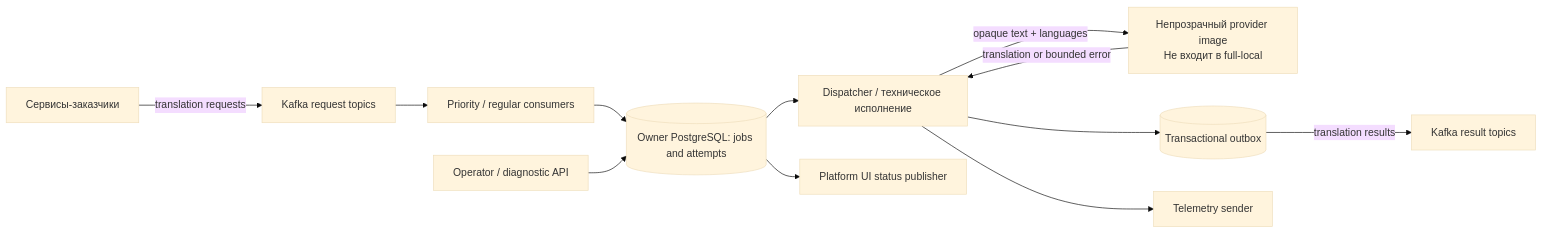
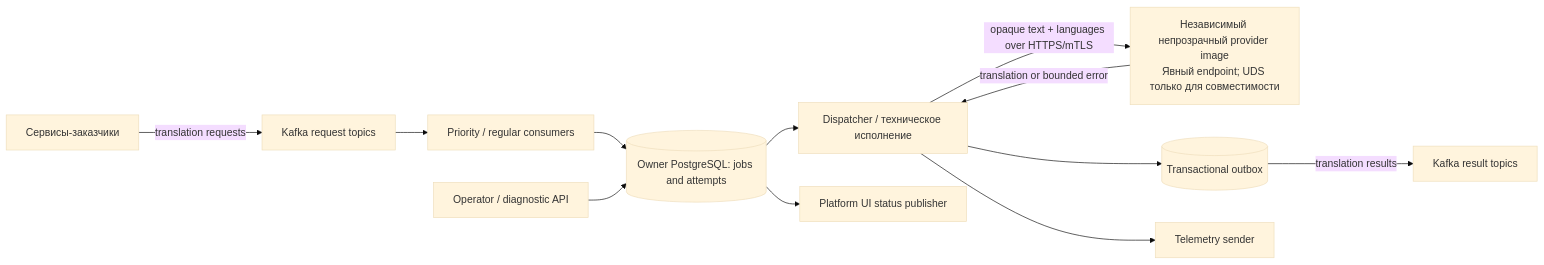
The diagram in translator-service/architecture.mmd (sapogov1978/AELEV-platform-infrastructure), drawn with Mermaid (base theme) before and after one commit. The commit also changed 123 other files, not shown here.

```diff
--- a/translator-service/architecture.mmd
+++ b/translator-service/architecture.mmd
@@ -1,12 +1,12 @@
 flowchart LR
     Requesters["Сервисы-заказчики"] -->|translation requests| KafkaIn["Kafka request topics"]
     KafkaIn --> Consumer["Priority / regular consumers"]
     Consumer --> Jobs[("Owner PostgreSQL: jobs and attempts")]
     Jobs --> Worker["Dispatcher / техническое исполнение"]
-    Worker -->|opaque text + languages| Provider["Непрозрачный provider image<br/>Не входит в full-local"]
+    Worker -->|"opaque text + languages over HTTPS/mTLS"| Provider["Независимый непрозрачный provider image<br/>Явный endpoint; UDS только для совместимости"]
     Provider -->|translation or bounded error| Worker
     Worker --> Outbox[("Transactional outbox")]
     Outbox -->|translation results| KafkaOut["Kafka result topics"]
     API["Operator / diagnostic API"] --> Jobs
     Jobs --> Status["Platform UI status publisher"]
     Worker --> Telemetry["Telemetry sender"]
```
